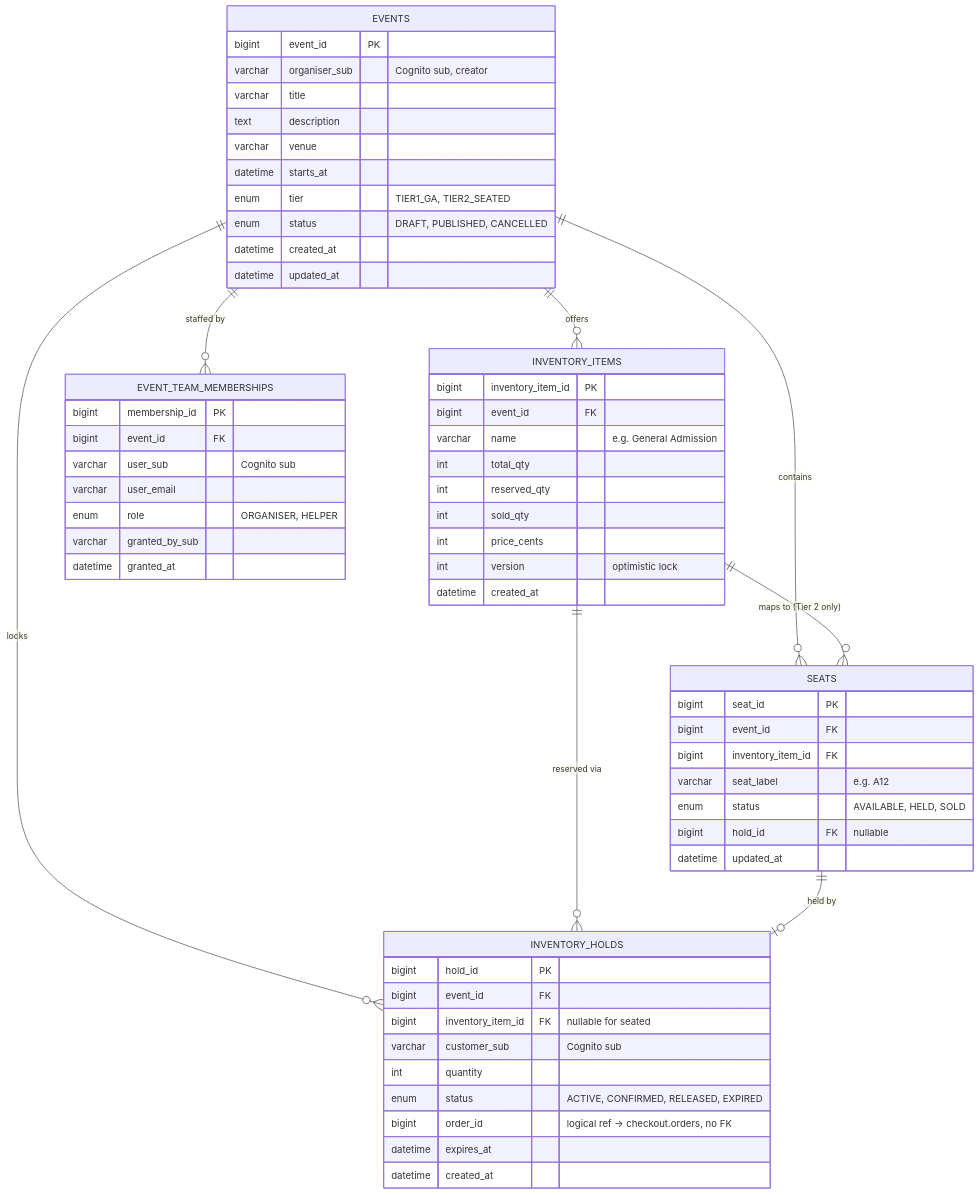
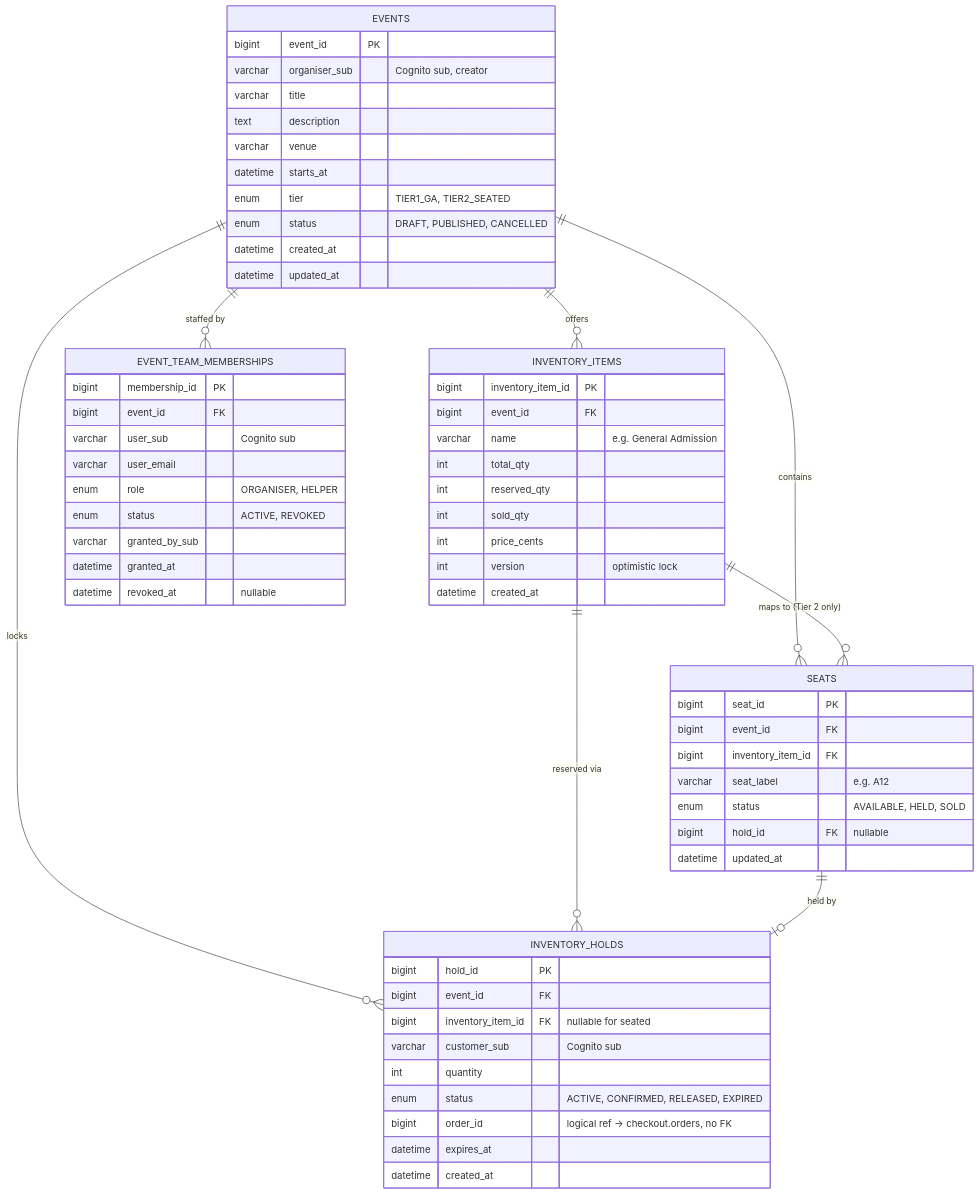
One commit to nus-mtech-grp1-sem2/docs changed the second of 10 diagrams in OneStage-System-Design.md. Above: the diagram before and after it, drawn with Mermaid. The commit also changed other lines of this file and 1 other file, not shown here.

Commit message:
BCE diagrams

````diff
--- a/OneStage-System-Design.md
+++ b/OneStage-System-Design.md
@@ -86,63 +86,65 @@
 ```mermaid
 erDiagram
     EVENTS ||--o{ INVENTORY_ITEMS : offers
     EVENTS ||--o{ SEATS : contains
     EVENTS ||--o{ EVENT_TEAM_MEMBERSHIPS : "staffed by"
     EVENTS ||--o{ INVENTORY_HOLDS : locks
     INVENTORY_ITEMS ||--o{ SEATS : "maps to (Tier 2 only)"
     INVENTORY_ITEMS ||--o{ INVENTORY_HOLDS : "reserved via"
     SEATS ||--o| INVENTORY_HOLDS : "held by"
 
     EVENTS {
         bigint event_id PK
         varchar organiser_sub "Cognito sub, creator"
         varchar title
         text description
         varchar venue
         datetime starts_at
         enum tier "TIER1_GA, TIER2_SEATED"
         enum status "DRAFT, PUBLISHED, CANCELLED"
         datetime created_at
         datetime updated_at
     }
     EVENT_TEAM_MEMBERSHIPS {
         bigint membership_id PK
         bigint event_id FK
         varchar user_sub "Cognito sub"
         varchar user_email
         enum role "ORGANISER, HELPER"
+        enum status "ACTIVE, REVOKED"
         varchar granted_by_sub
         datetime granted_at
+        datetime revoked_at "nullable"
     }
     INVENTORY_ITEMS {
         bigint inventory_item_id PK
         bigint event_id FK
         varchar name "e.g. General Admission"
         int total_qty
         int reserved_qty
         int sold_qty
         int price_cents
         int version "optimistic lock"
         datetime created_at
     }
     SEATS {
         bigint seat_id PK
         bigint event_id FK
         bigint inventory_item_id FK
         varchar seat_label "e.g. A12"
         enum status "AVAILABLE, HELD, SOLD"
         bigint hold_id FK "nullable"
         datetime updated_at
     }
     INVENTORY_HOLDS {
         bigint hold_id PK
         bigint event_id FK
         bigint inventory_item_id FK "nullable for seated"
         varchar customer_sub "Cognito sub"
         int quantity
         enum status "ACTIVE, CONFIRMED, RELEASED, EXPIRED"
         bigint order_id "logical ref -> checkout.orders, no FK"
         datetime expires_at
         datetime created_at
     }
 ```
````
